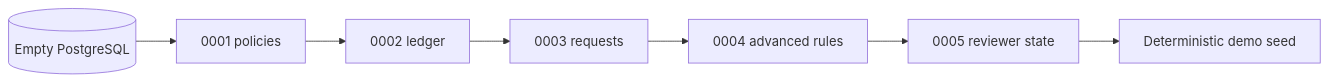
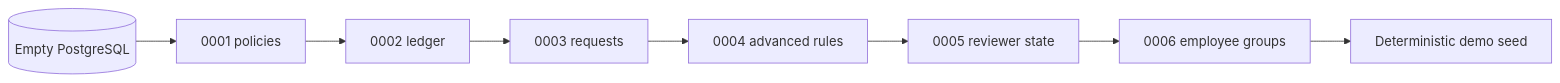
Before and after one commit to advaith334/warp-time-off-tracking: the diagram in backend/migrations/README.md, drawn with Mermaid. The commit also changed other lines of this file and 26 other files, not shown here.

````diff
--- a/backend/migrations/README.md
+++ b/backend/migrations/README.md
@@ -17,9 +18,10 @@
 ```mermaid
 flowchart LR
     Empty[(Empty PostgreSQL)] --> A1[0001 policies]
     A1 --> A2[0002 ledger]
     A2 --> A3[0003 requests]
     A3 --> A4[0004 advanced rules]
     A4 --> A5[0005 reviewer state]
-    A5 --> Seed[Deterministic demo seed]
+    A5 --> A6[0006 employee groups]
+    A6 --> Seed[Deterministic demo seed]
 ```
````
